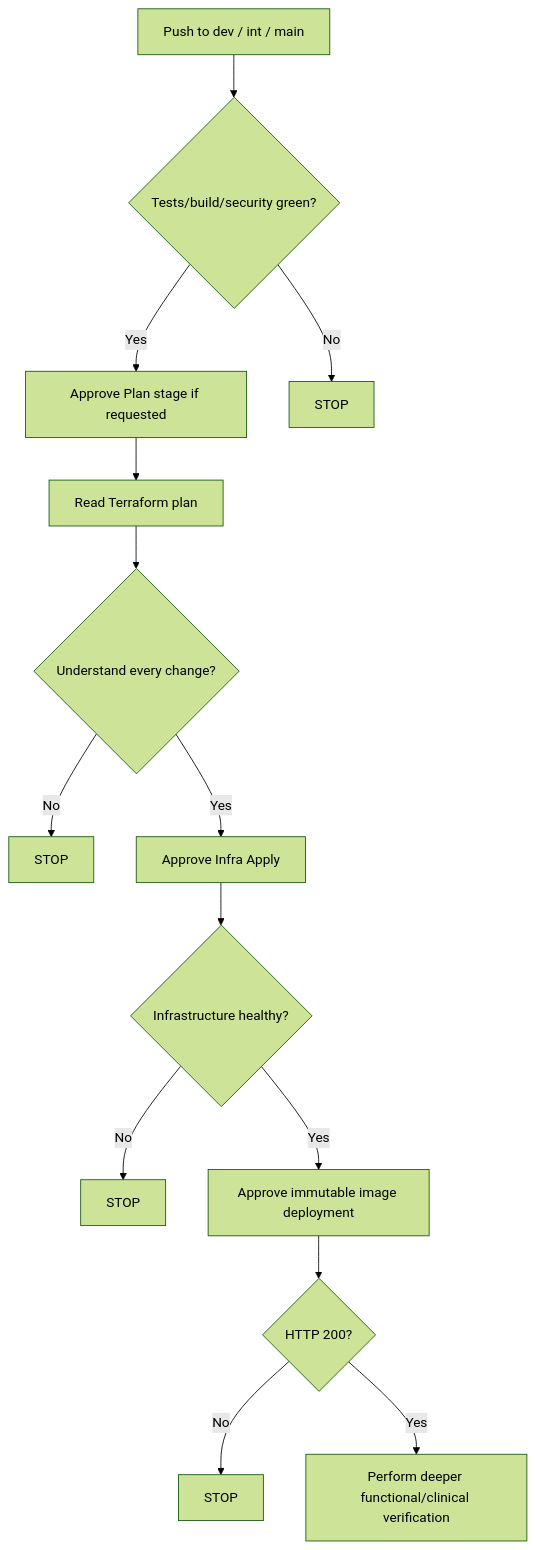
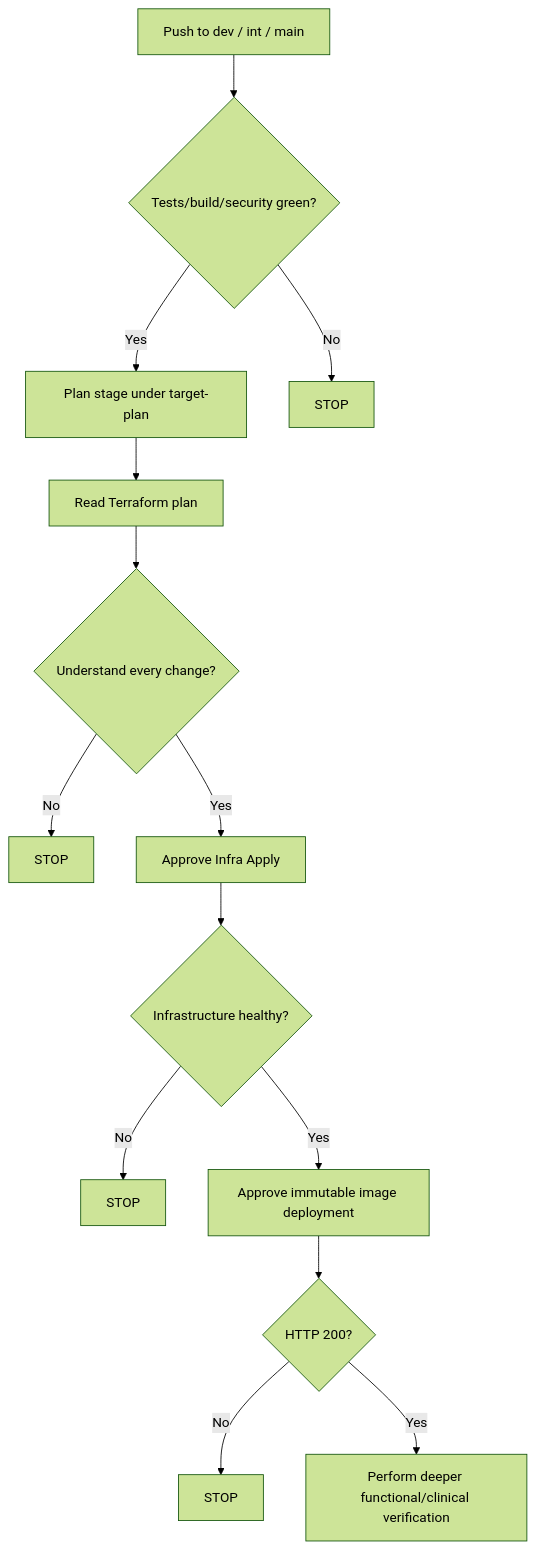
One commit to UCLH-Digital-Innovation-Hub/Xhuma changed the diagram in docs/operations/deployment_for_tired_humans.md. Above: the diagram before and after it, drawn with Mermaid (forest theme). The commit also changed other lines of this file and 13 other files, not shown here.

````diff
--- a/docs/operations/deployment_for_tired_humans.md
+++ b/docs/operations/deployment_for_tired_humans.md
@@ -217,16 +212,16 @@
 ```mermaid
 flowchart TD
     A[Push to dev / int / main] --> B{Tests/build/security green?}
-    B -->|Yes| C[Approve Plan stage if requested]
+    B -->|Yes| C[Plan stage under target-plan]
     B -->|No| STOP_1[STOP]
     C --> D[Read Terraform plan]
     D --> E{Understand every change?}
     E -->|No| STOP_2[STOP]
     E -->|Yes| F[Approve Infra Apply]
     F --> G{Infrastructure healthy?}
     G -->|No| STOP_3[STOP]
     G -->|Yes| H[Approve immutable image deployment]
     H --> I{HTTP 200?}
     I -->|No| STOP_4[STOP]
     I -->|Yes| J[Perform deeper functional/clinical verification]
 ```
````
